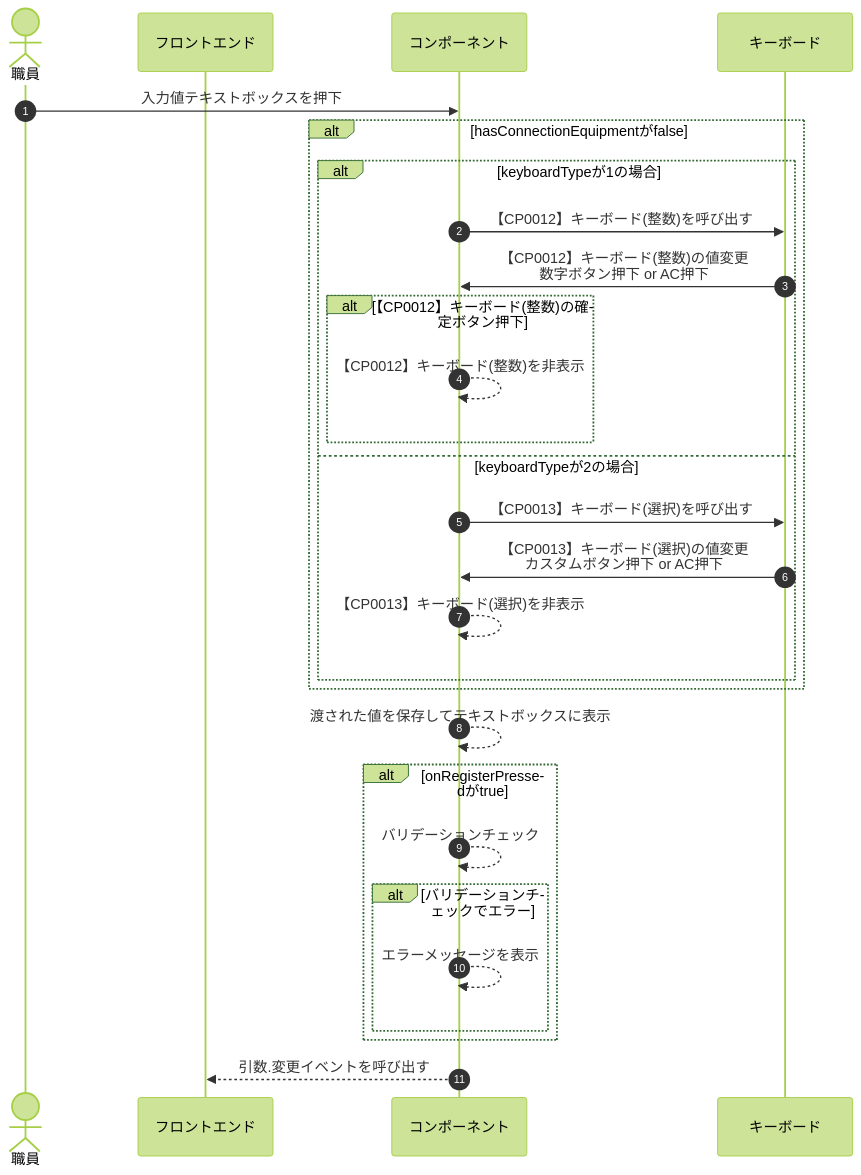
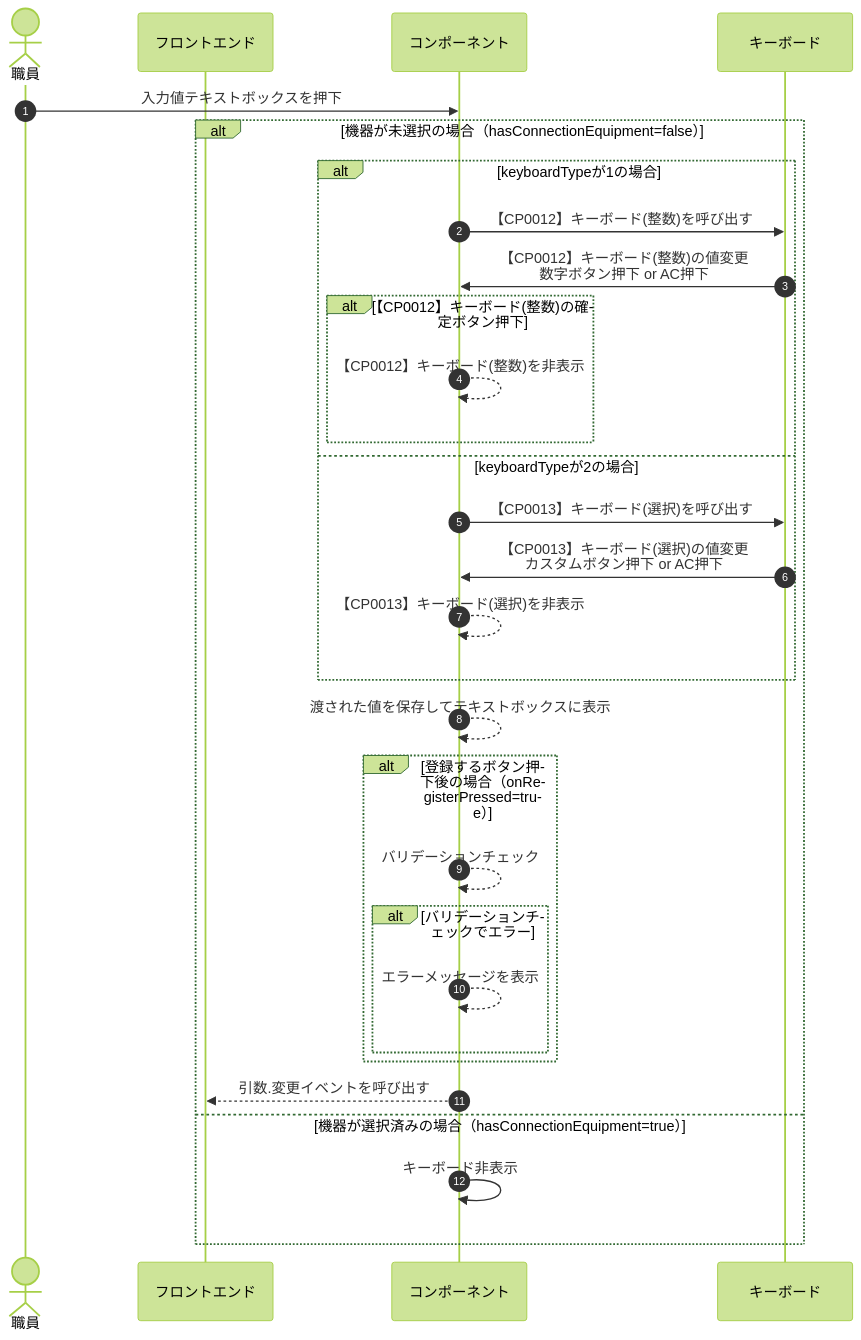
One commit to MrWangpeilin945/FlutterIOS changed the diagram in Documents/UI設計書/src/docs/コンポーネント/CP1006_検査項目グループ_検査：血圧2回/CP1006-TextboxPressed.mmd. Above: the diagram before and after it, drawn with Mermaid. The commit also changed 1 other file, not shown here.

```diff
--- a/Documents/UI設計書/src/docs/コンポーネント/CP1006_検査項目グループ_検査：血圧2回/CP1006-TextboxPressed.mmd
+++ b/Documents/UI設計書/src/docs/コンポーネント/CP1006_検査項目グループ_検査：血圧2回/CP1006-TextboxPressed.mmd
@@ -1,30 +1,32 @@
 %%{init:{'theme':'forest'}}%%
 sequenceDiagram
 autonumber
   actor User as 職員
   participant FE as フロントエンド
   participant KN as コンポーネント
   participant Key as キーボード
 
   User->>KN:入力値テキストボックスを押下
-  alt hasConnectionEquipmentがfalse
+  alt 機器が未選択の場合（hasConnectionEquipment=false）
   alt keyboardTypeが1の場合
   KN->>Key:【CP0012】キーボード(整数)を呼び出す
   Key->>KN:【CP0012】キーボード(整数)の値変更<br>数字ボタン押下 or AC押下
   alt 【CP0012】キーボード(整数)の確定ボタン押下
   KN-->>KN:【CP0012】キーボード(整数)を非表示
   end
   else keyboardTypeが2の場合
   KN->>Key:【CP0013】キーボード(選択)を呼び出す
   Key->>KN:【CP0013】キーボード(選択)の値変更<br>カスタムボタン押下 or AC押下
   KN-->>KN:【CP0013】キーボード(選択)を非表示
   end
-  end
   KN-->>KN:渡された値を保存してテキストボックスに表示
-  alt onRegisterPressedがtrue
+  alt 登録するボタン押下後の場合（onRegisterPressed=true）
   KN-->>KN:バリデーションチェック
   alt バリデーションチェックでエラー
   KN-->>KN:エラーメッセージを表示 
   end
   end
   KN-->>FE:引数.変更イベントを呼び出す
+  else 機器が選択済みの場合（hasConnectionEquipment=true）
+  KN->>KN:キーボード非表示
+  end
```
